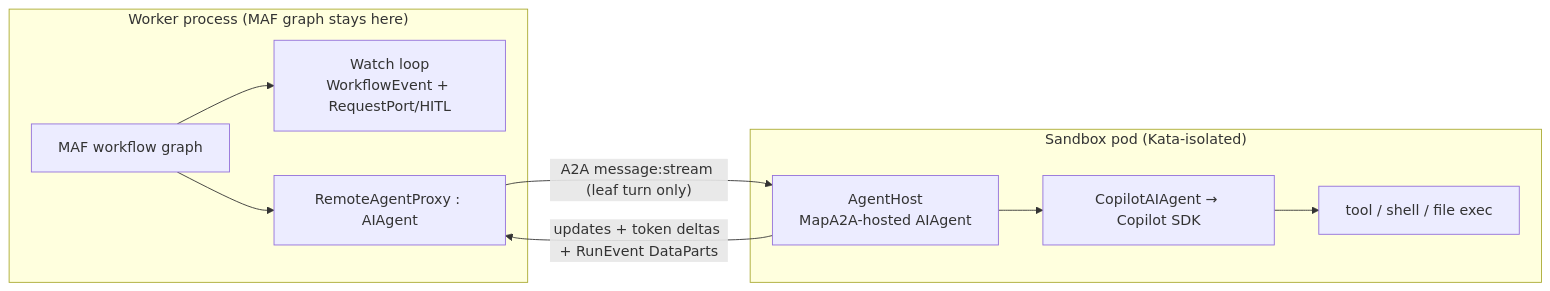
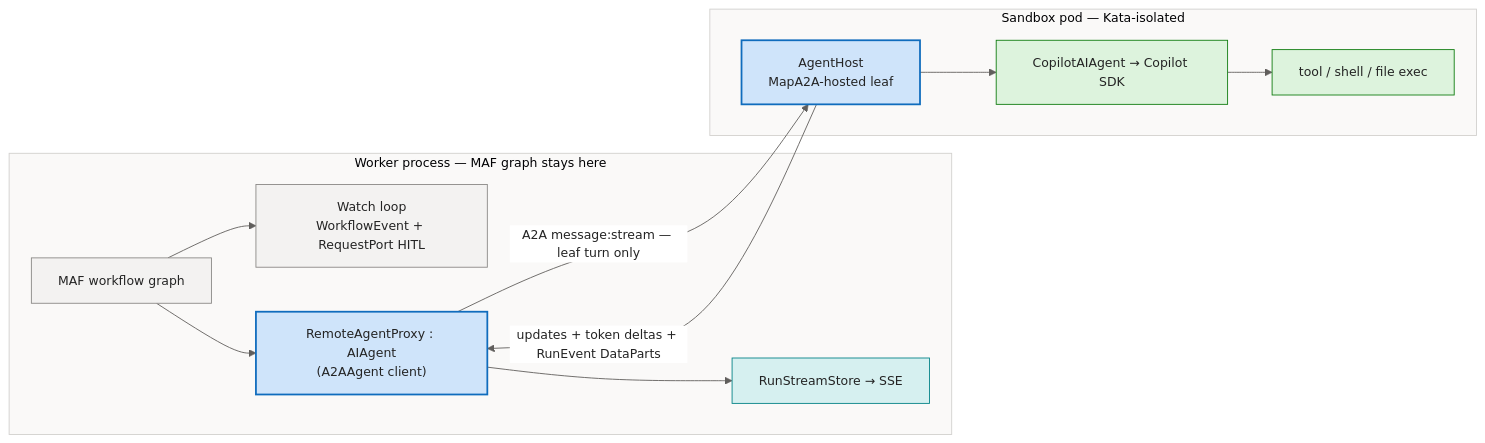
One commit to sabbour/agentweaver changed the first of 3 diagrams in docs/deep-dive/a2a-bridge.md. Above: the diagram before and after it, drawn with Mermaid. The commit also changed other lines of this file and 13 other files, not shown here.

````diff
--- a/docs/deep-dive/a2a-bridge.md
+++ b/docs/deep-dive/a2a-bridge.md
@@ -30,18 +30,36 @@
 ```mermaid
+%%{init: {'theme':'base','themeVariables':{'fontFamily':'Segoe UI, system-ui, -apple-system, sans-serif','fontSize':'14px','primaryColor':'#E8EEF9','primaryBorderColor':'#0F6CBD','primaryTextColor':'#242424','lineColor':'#605E5C','clusterBkg':'#FAF9F8','clusterBorder':'#D2D0CE','edgeLabelBackground':'#FFFFFF'}}}%%
 flowchart LR
-    subgraph Worker["Worker process (MAF graph stays here)"]
-        Graph[MAF workflow graph]
-        Watch[Watch loop\nWorkflowEvent + RequestPort/HITL]
-        Proxy[RemoteAgentProxy : AIAgent]
+    subgraph Worker["Worker process — MAF graph stays here"]
+        Graph["MAF workflow graph"]
+        Watch["Watch loop<br/>WorkflowEvent + RequestPort HITL"]
+        Proxy["RemoteAgentProxy : AIAgent<br/>(A2AAgent client)"]
+        Stream["RunStreamStore → SSE"]
         Graph --> Watch
         Graph --> Proxy
+        Proxy --> Stream
     end
-    subgraph Pod["Sandbox pod (Kata-isolated)"]
-        Host[AgentHost\nMapA2A-hosted AIAgent]
-        Copilot[CopilotAIAgent → Copilot SDK]
-        Tools[tool / shell / file exec]
+    subgraph Pod["Sandbox pod — Kata-isolated"]
+        Host["AgentHost<br/>MapA2A-hosted leaf"]
+        Copilot["CopilotAIAgent → Copilot SDK"]
+        Tools["tool / shell / file exec"]
         Host --> Copilot --> Tools
     end
-    Proxy -- "A2A message:stream (leaf turn only)" --> Host
+    Proxy -- "A2A message:stream — leaf turn only" --> Host
     Host -- "updates + token deltas + RunEvent DataParts" --> Proxy
+
+    classDef client fill:#E8EEF9,stroke:#0F6CBD,stroke-width:1px,color:#242424;
+    classDef svc fill:#F3F2F1,stroke:#8A8886,stroke-width:1px,color:#242424;
+    classDef core fill:#CFE4FA,stroke:#0F6CBD,stroke-width:2px,color:#242424;
+    classDef data fill:#FFF4CE,stroke:#C19C00,stroke-width:1px,color:#242424;
+    classDef ext fill:#F0E8F8,stroke:#8764B8,stroke-width:1px,color:#242424;
+    classDef runtime fill:#DDF3DD,stroke:#107C10,stroke-width:1px,color:#242424;
+    classDef evt fill:#D6F0F0,stroke:#038387,stroke-width:1px,color:#242424;
+    class Graph svc;
+    class Watch svc;
+    class Proxy core;
+    class Stream evt;
+    class Host core;
+    class Copilot runtime;
+    class Tools runtime;
 ```
````
